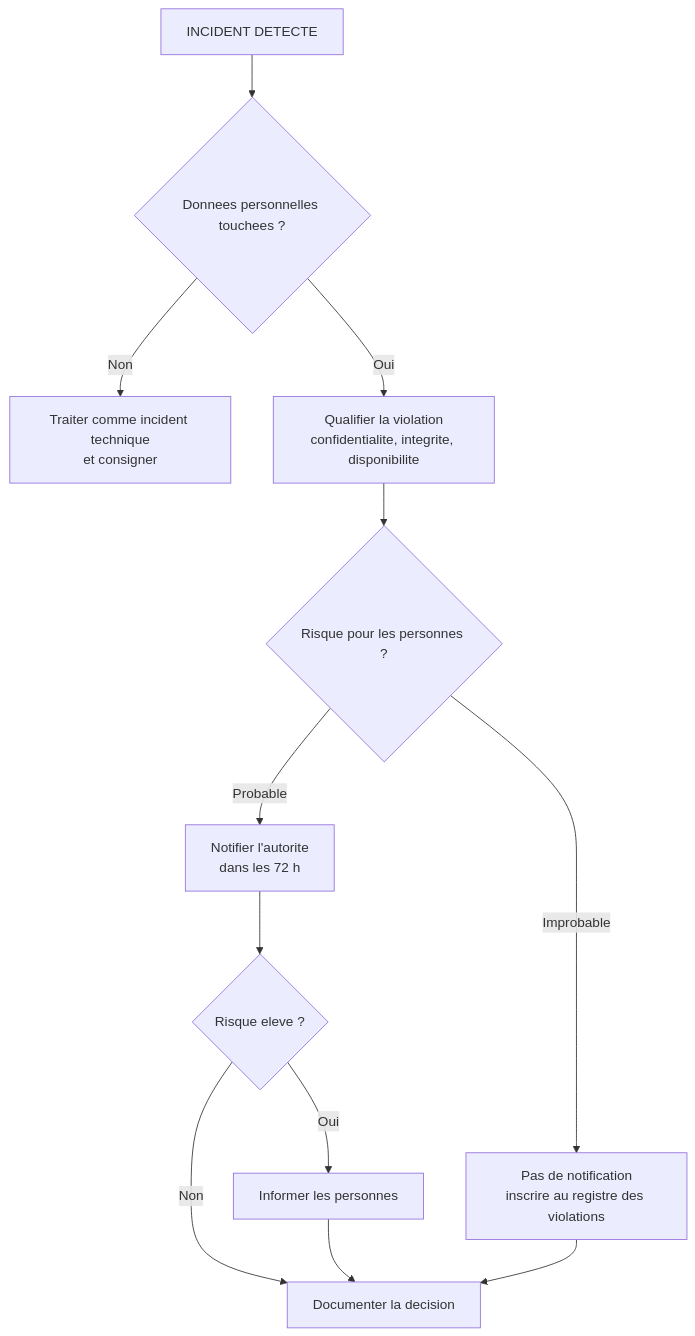
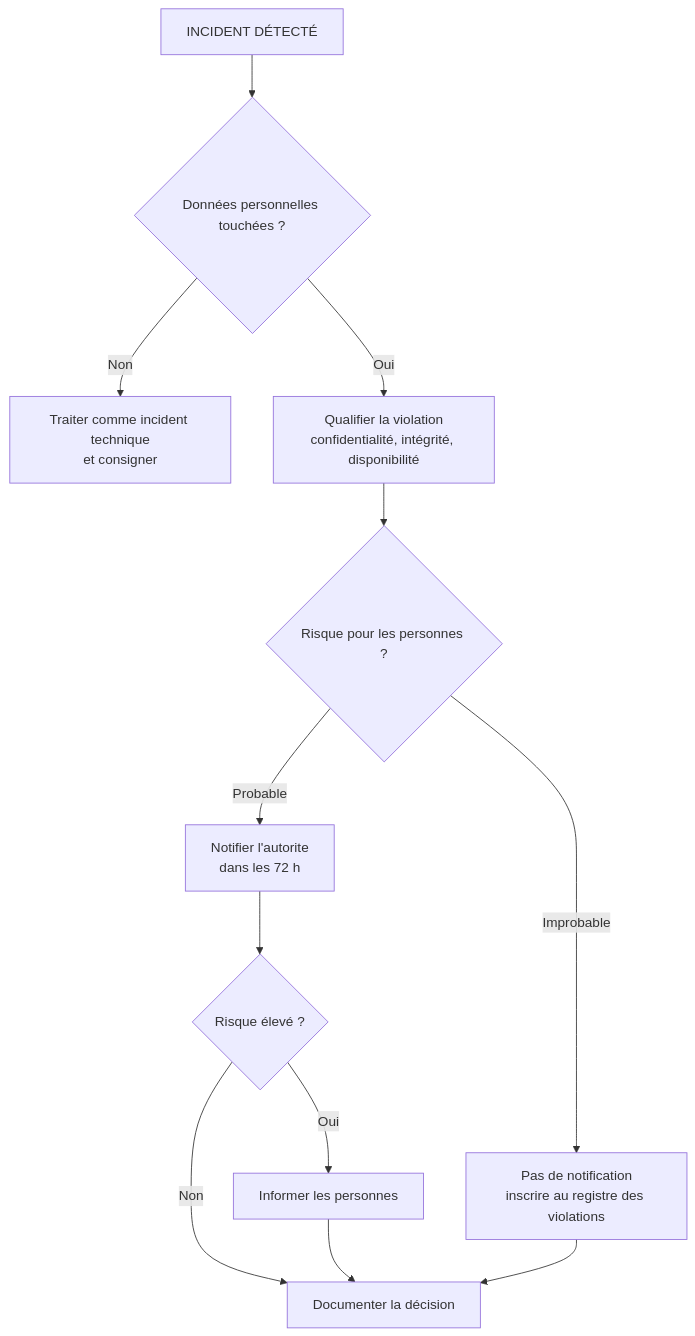
Before and after one commit to Gooseppr/GevOps_LC: the diagram in courses/reseaux-cybersecurite/37_donnees_juridique_conformite.md, drawn with Mermaid. The commit also changed 56 other files, not shown here.

````diff
--- a/courses/reseaux-cybersecurite/37_donnees_juridique_conformite.md
+++ b/courses/reseaux-cybersecurite/37_donnees_juridique_conformite.md
@@ -353,14 +353,14 @@
 ```mermaid
 flowchart TD
-    A[INCIDENT DETECTE] --> B{Donnees personnelles touchees ?}
+    A[INCIDENT DÉTECTÉ] --> B{Données personnelles touchées ?}
     B -->|Non| C[Traiter comme incident technique<br/>et consigner]
-    B -->|Oui| D[Qualifier la violation<br/>confidentialite, integrite, disponibilite]
+    B -->|Oui| D[Qualifier la violation<br/>confidentialité, intégrité, disponibilité]
     D --> E{Risque pour les personnes ?}
     E -->|Improbable| F[Pas de notification<br/>inscrire au registre des violations]
     E -->|Probable| G[Notifier l'autorite<br/>dans les 72 h]
-    G --> H{Risque eleve ?}
+    G --> H{Risque élevé ?}
     H -->|Oui| I[Informer les personnes]
-    H -->|Non| J[Documenter la decision]
+    H -->|Non| J[Documenter la décision]
     I --> J
     F --> J
 ```
````
